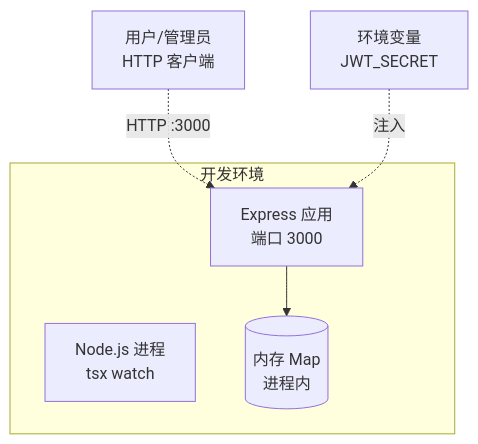
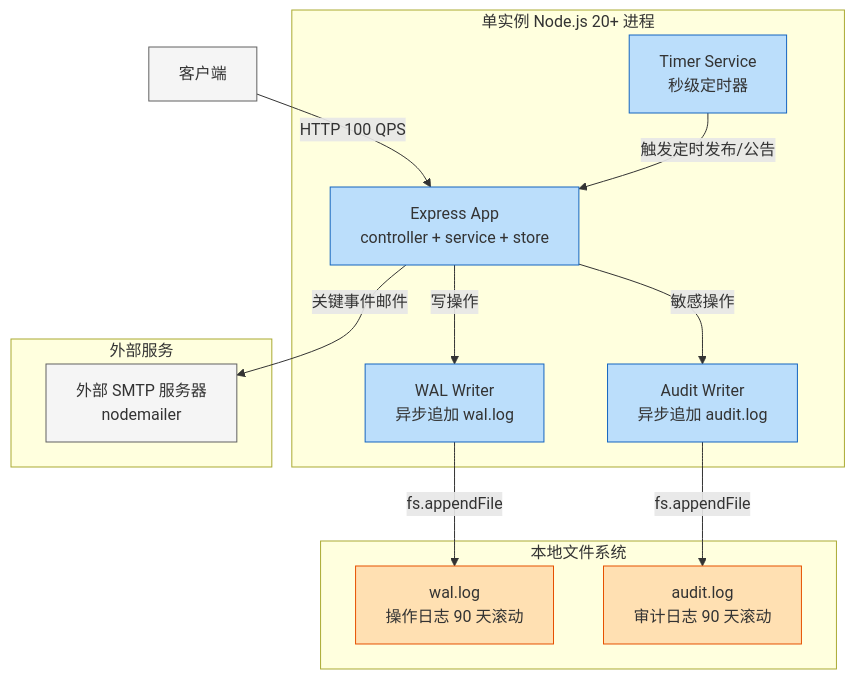
The third of 5 diagrams in w-model-dev-demo/docs/system-design.md (WangHHY19931001/Software_Engineering_W_Development_Model_Skills_Pack), drawn with Mermaid before and after one commit. The commit also changed other lines of this file and 184 other files, not shown here.

````diff
--- a/w-model-dev-demo/docs/system-design.md
+++ b/w-model-dev-demo/docs/system-design.md
@@ -222,14 +306,33 @@
 ```mermaid
 graph TD
-    subgraph 开发环境
-        NODE[Node.js 进程<br/>tsx watch]
-        APP[Express 应用<br/>端口 3000]
-        MAP_STORE[(内存 Map<br/>进程内)]
+    subgraph NODE["单实例 Node.js 20+ 进程"]
+        APP[Express App<br/>controller + service + store]
+        WAL[WAL Writer<br/>异步追加 wal.log]
+        AUDIT[Audit Writer<br/>异步追加 audit.log]
+        TIMER[Timer Service<br/>秒级定时器]
     end
-    ENV[环境变量<br/>JWT_SECRET]
-    USER[用户/管理员<br/>HTTP 客户端]
 
-    USER -.->|HTTP :3000| APP
-    APP --> MAP_STORE
-    ENV -.->|注入| APP
+    subgraph FS["本地文件系统"]
+        WALFILE[wal.log<br/>操作日志 90 天滚动]
+        AUDITFILE[audit.log<br/>审计日志 90 天滚动]
+    end
+
+    subgraph EXT_SVC["外部服务"]
+        SMTP[外部 SMTP 服务器<br/>nodemailer]
+    end
+
+    CLIENT[客户端] -->|HTTP 100 QPS| APP
+    APP -->|写操作| WAL
+    APP -->|敏感操作| AUDIT
+    WAL -->|fs.appendFile| WALFILE
+    AUDIT -->|fs.appendFile| AUDITFILE
+    APP -->|关键事件邮件| SMTP
+    TIMER -->|触发定时发布/公告| APP
+
+    classDef node fill:#bbdefb,stroke:#1565c0
+    classDef fs fill:#ffe0b2,stroke:#e65100
+    classDef ext fill:#f5f5f5,stroke:#616161
+    class APP,WAL,AUDIT,TIMER node
+    class WALFILE,AUDITFILE fs
+    class SMTP,CLIENT ext
 ```
````
